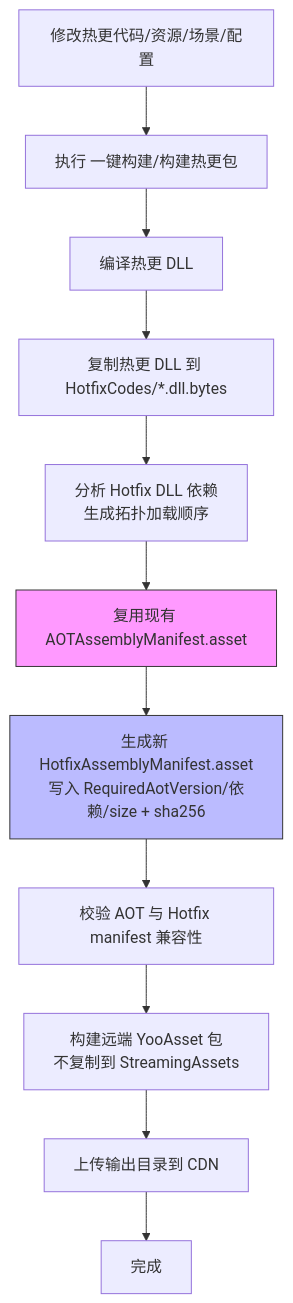
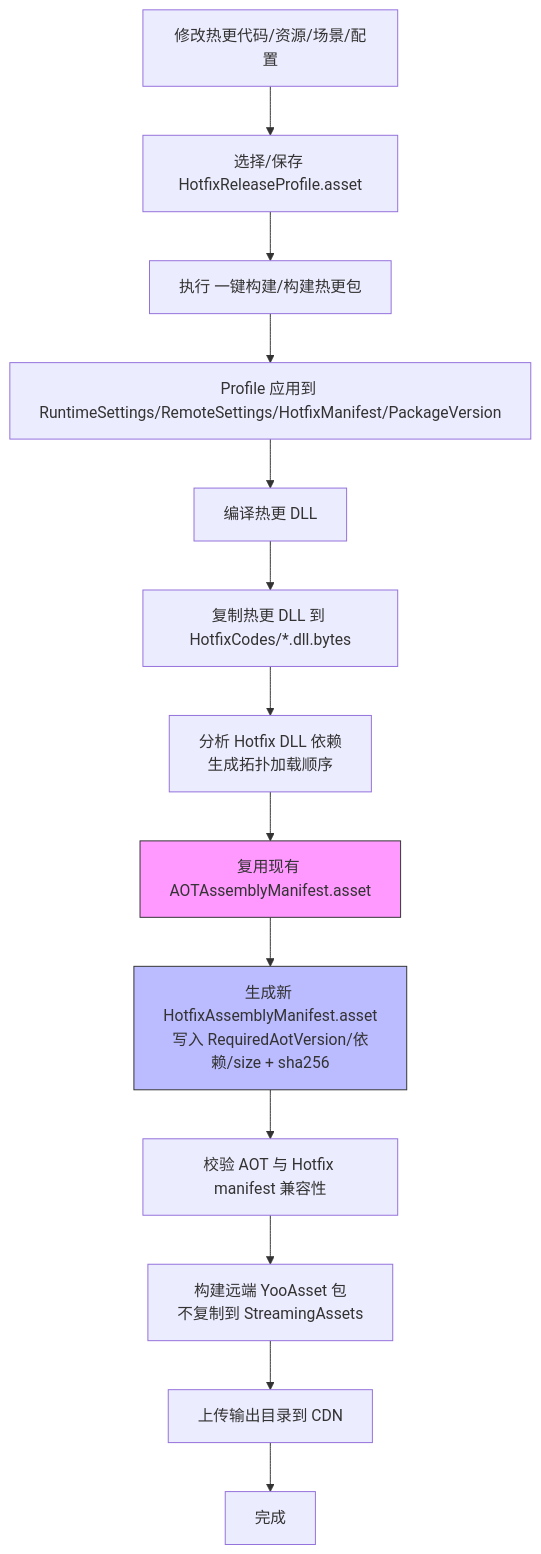
Before and after one commit to RyuRae/qframework-hotfix: the second of 5 diagrams in README.md, drawn with Mermaid. The commit also changed other lines of this file and 18 other files, not shown here.

````diff
--- a/README.md
+++ b/README.md
@@ -171,16 +189,18 @@
 ```mermaid
 flowchart TD
-    A[修改热更代码/资源/场景/配置] --> B[执行 一键构建/构建热更包]
-    B --> C[编译热更 DLL]
-    C --> D[复制热更 DLL 到 HotfixCodes/*.dll.bytes]
+    A[修改热更代码/资源/场景/配置] --> B[选择/保存 HotfixReleaseProfile.asset]
+    B --> C[执行 一键构建/构建热更包]
+    C --> D0[Profile 应用到 RuntimeSettings/RemoteSettings/HotfixManifest/PackageVersion]
+    D0 --> D1[编译热更 DLL]
+    D1 --> D[复制热更 DLL 到 HotfixCodes/*.dll.bytes]
     D --> E[分析 Hotfix DLL 依赖\n生成拓扑加载顺序]
     E --> F[复用现有 AOTAssemblyManifest.asset]
     F --> G[生成新 HotfixAssemblyManifest.asset\n写入 RequiredAotVersion/依赖/size + sha256]
     G --> H[校验 AOT 与 Hotfix manifest 兼容性]
     H --> I[构建远端 YooAsset 包\n不复制到 StreamingAssets]
     I --> J[上传输出目录到 CDN]
     J --> K[完成]
 
     style F fill:#f9f,stroke:#333
     style G fill:#bbf,stroke:#333
 ```
````
